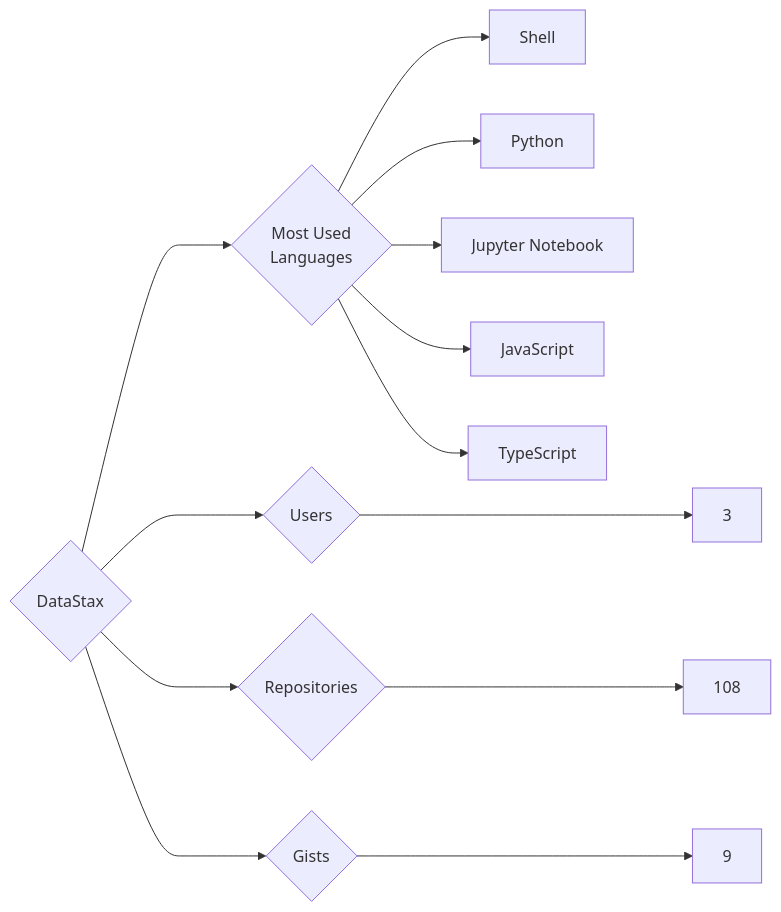
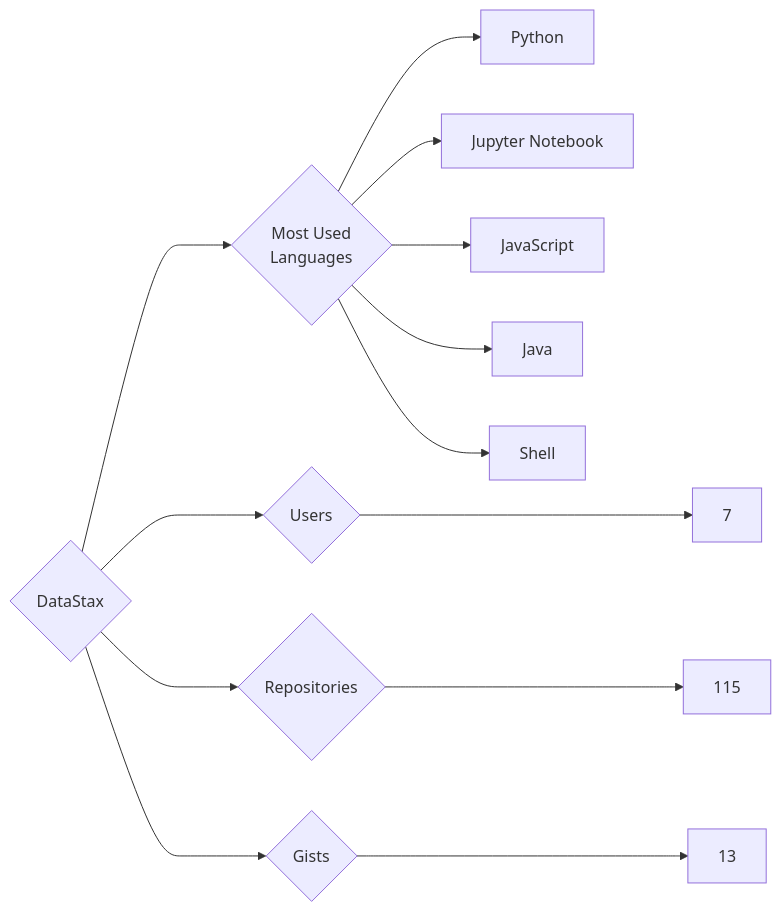
The diagram in targets/DataStax/README.md (trickest/insiders), drawn with Mermaid before and after one commit. The commit also changed 1007 other files, not shown here.

````diff
--- a/targets/DataStax/README.md
+++ b/targets/DataStax/README.md
@@ -3,13 +3,13 @@
 ```mermaid
 graph LR
 COMPANY_NAME{DataStax}
-COMPANY_NAME ---> U{Users} ---> UN[3]
-COMPANY_NAME ---> R{Repositories} ---> RN[108]
-COMPANY_NAME ---> G{Gists} ---> GN[9]
+COMPANY_NAME ---> U{Users} ---> UN[7]
+COMPANY_NAME ---> R{Repositories} ---> RN[115]
+COMPANY_NAME ---> G{Gists} ---> GN[13]
 COMPANY_NAME ---> ML{Most Used<br>Languages}
-ML --> Shell[Shell]
 ML --> Python[Python]
 ML --> Jupyter_Notebook[Jupyter Notebook]
 ML --> JavaScript[JavaScript]
-ML --> TypeScript[TypeScript]
+ML --> Java[Java]
+ML --> Shell[Shell]
 ```
````
